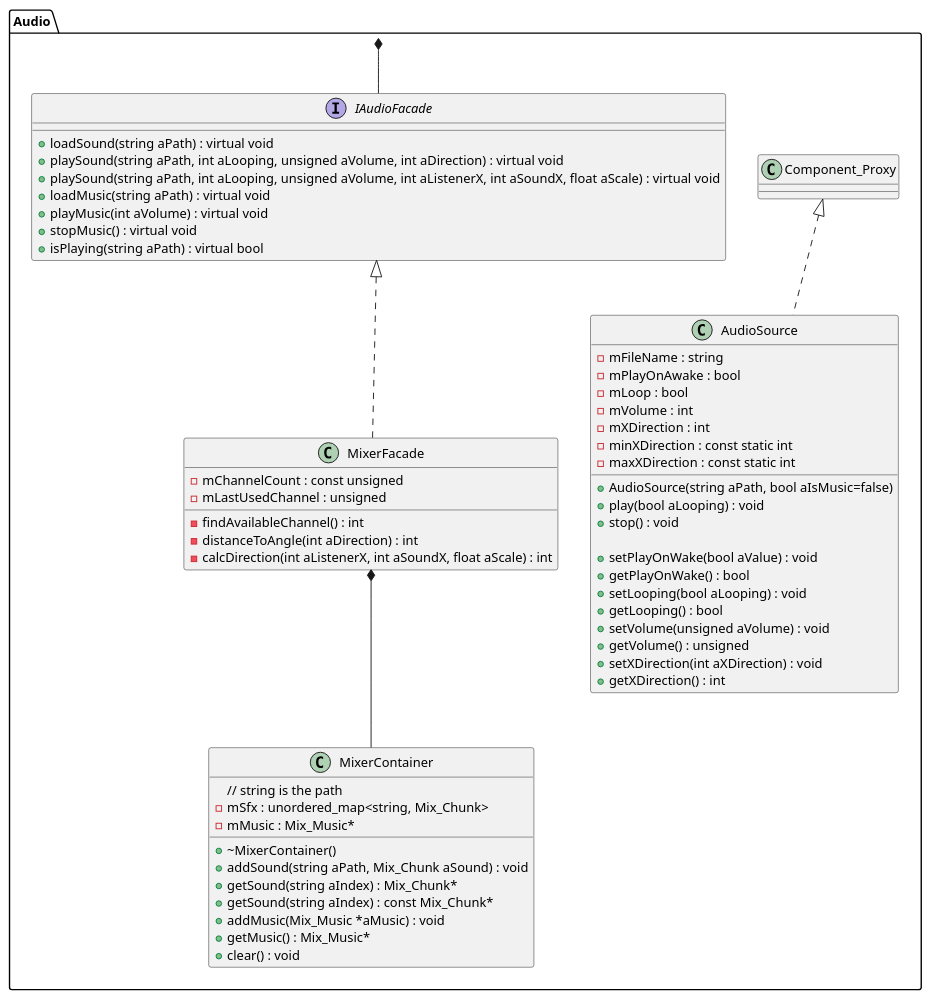
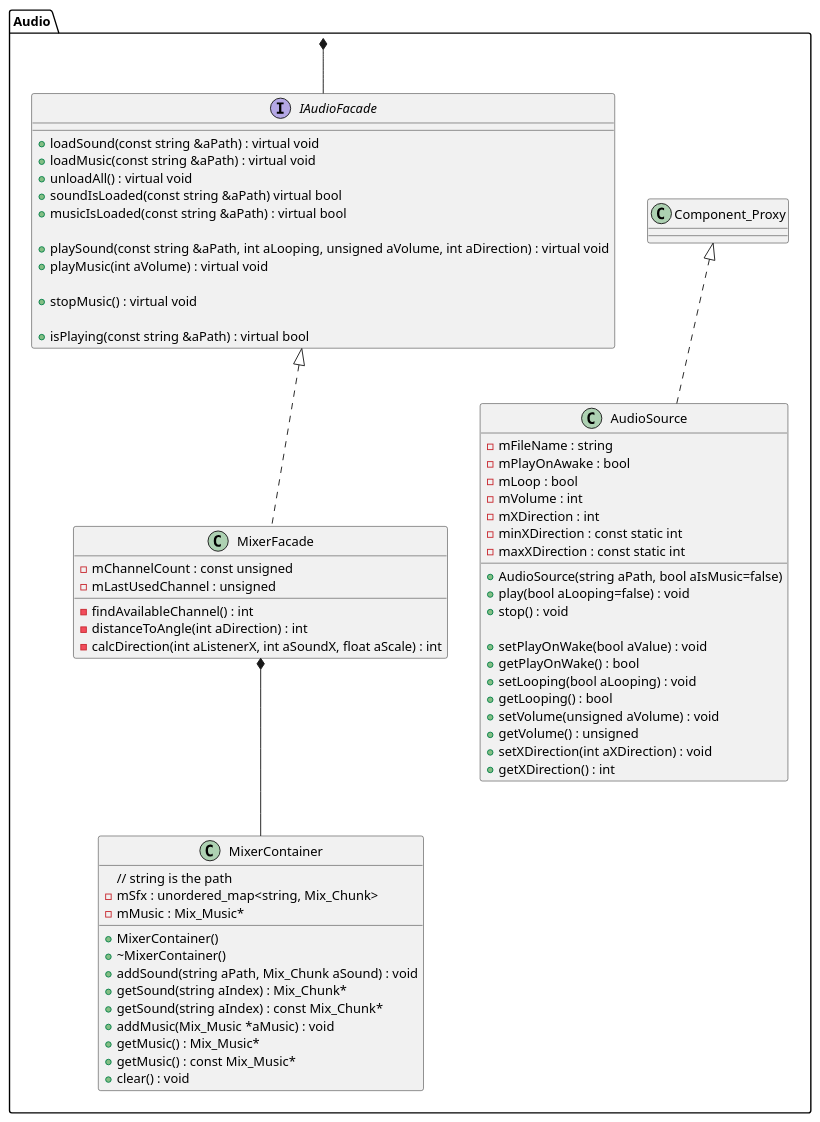
One commit to Seger01/GameEngine changed the diagram in docs/Diagrams/classDiagramPackages/audioPackage.puml. Above: the diagram before and after it, drawn with PlantUML. The commit also changed 1 other file, not shown here.

```diff
--- a/docs/Diagrams/classDiagramPackages/audioPackage.puml
+++ b/docs/Diagrams/classDiagramPackages/audioPackage.puml
@@ -1,65 +1,72 @@
 @startuml audioPackageClassDiagram
 
 package Audio{
     class Component_Proxy {}
 
 class AudioSource implements Component_Proxy{
     - mFileName : string
     - mPlayOnAwake : bool
     - mLoop : bool
     - mVolume : int
     - mXDirection : int
     - minXDirection : const static int
     - maxXDirection : const static int
     + AudioSource(string aPath, bool aIsMusic=false)
-    + play(bool aLooping) : void
+    + play(bool aLooping=false) : void
     + stop() : void 
 
     + setPlayOnWake(bool aValue) : void
     + getPlayOnWake() : bool
     + setLooping(bool aLooping) : void
     + getLooping() : bool
     + setVolume(unsigned aVolume) : void
     + getVolume() : unsigned
     + setXDirection(int aXDirection) : void
     + getXDirection() : int
 }
 
 interface IAudioFacade {
-    + loadSound(string aPath) : virtual void
-    + playSound(string aPath, int aLooping, unsigned aVolume, int aDirection) : virtual void
-    + playSound(string aPath, int aLooping, unsigned aVolume, int aListenerX, int aSoundX, float aScale) : virtual void
-    + loadMusic(string aPath) : virtual void
+    + loadSound(const string &aPath) : virtual void
+    + loadMusic(const string &aPath) : virtual void
+    + unloadAll() : virtual void
+    + soundIsLoaded(const string &aPath) virtual bool
+    + musicIsLoaded(const string &aPath) : virtual bool
+    
+    + playSound(const string &aPath, int aLooping, unsigned aVolume, int aDirection) : virtual void
     + playMusic(int aVolume) : virtual void
+    
     + stopMusic() : virtual void
-    + isPlaying(string aPath) : virtual bool
+    
+    + isPlaying(const string &aPath) : virtual bool
 }
 
 class MixerFacade implements IAudioFacade {
     - mChannelCount : const unsigned
     - mLastUsedChannel : unsigned
     - findAvailableChannel() : int
     - distanceToAngle(int aDirection) : int
     - calcDirection(int aListenerX, int aSoundX, float aScale) : int
 }
 
 class MixerContainer {
     // string is the path
     - mSfx : unordered_map<string, Mix_Chunk>
     - mMusic : Mix_Music*
+    + MixerContainer()
     + ~MixerContainer()
     + addSound(string aPath, Mix_Chunk aSound) : void
     + getSound(string aIndex) : Mix_Chunk*
     + getSound(string aIndex) : const Mix_Chunk*
     + addMusic(Mix_Music *aMusic) : void
     + getMusic() : Mix_Music*
+    + getMusic() : const Mix_Music*
     + clear() : void
 }
 
 MixerFacade *-- MixerContainer
 
 }
 
 Audio *--IAudioFacade
 
 @enduml
```
